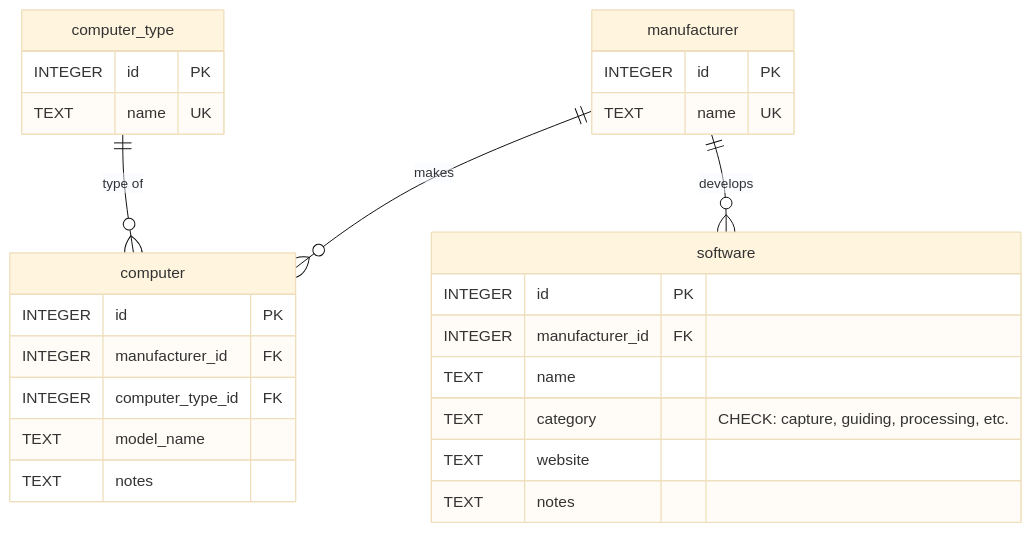
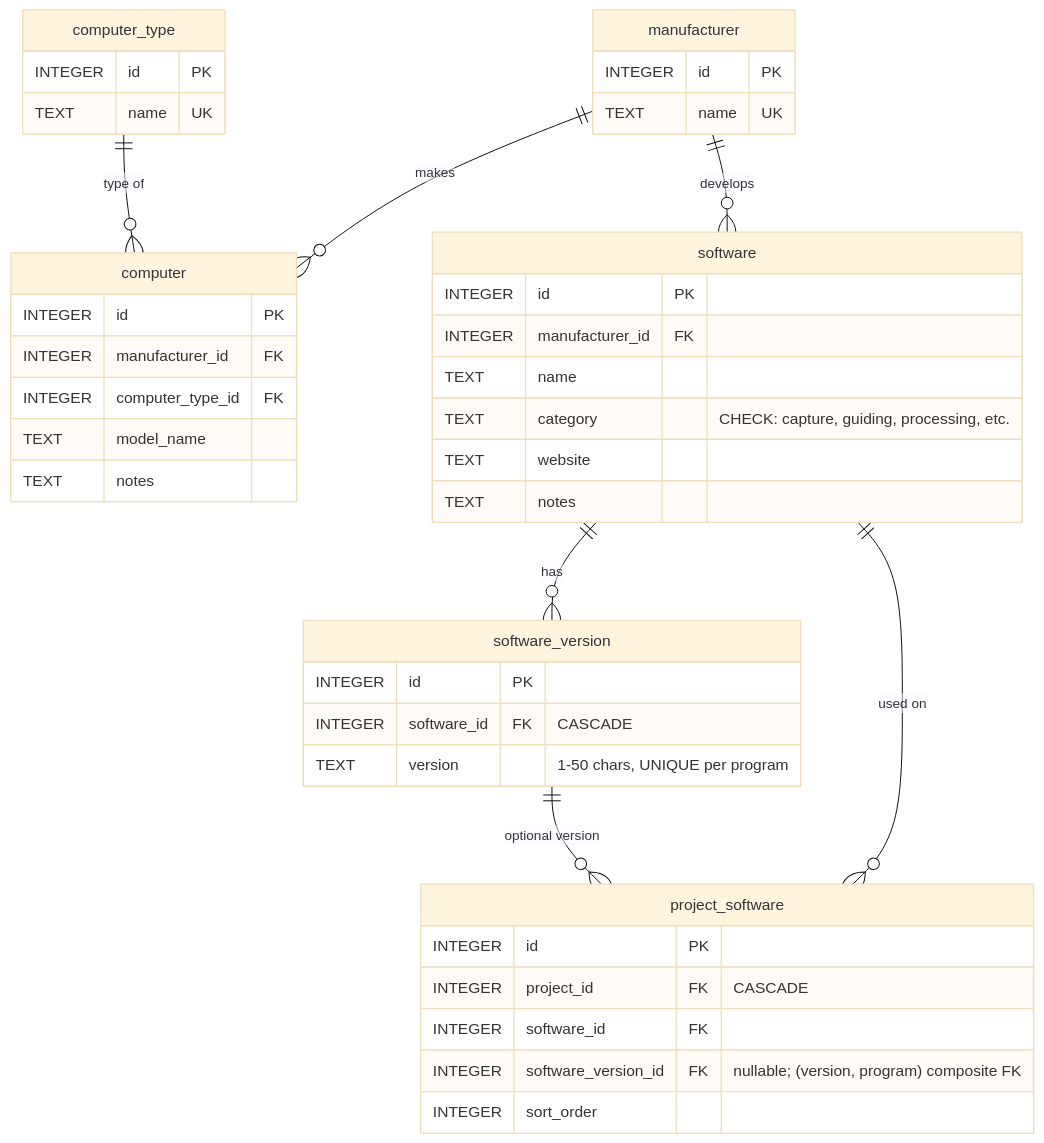
Before and after one commit to fbaptiste/nightcrate: diagram 11 of 12 in DB_SCHEMA.md, drawn with Mermaid (base theme). The commit also changed other lines of this file and 115 other files, not shown here.

````diff
--- a/DB_SCHEMA.md
+++ b/DB_SCHEMA.md
@@ -530,33 +530,50 @@
 ```mermaid
 erDiagram
     manufacturer {
         INTEGER id PK
         TEXT name UK
     }
 
     computer_type {
         INTEGER id PK
         TEXT name UK
     }
 
     computer {
         INTEGER id PK
         INTEGER manufacturer_id FK
         INTEGER computer_type_id FK
         TEXT model_name
         TEXT notes
     }
 
     software {
         INTEGER id PK
         INTEGER manufacturer_id FK
         TEXT name
         TEXT category "CHECK: capture, guiding, processing, etc."
         TEXT website
         TEXT notes
     }
 
+    software_version {
+        INTEGER id PK
+        INTEGER software_id FK "CASCADE"
+        TEXT version "1-50 chars, UNIQUE per program"
+    }
+
+    project_software {
+        INTEGER id PK
+        INTEGER project_id FK "CASCADE"
+        INTEGER software_id FK
+        INTEGER software_version_id FK "nullable; (version, program) composite FK"
+        INTEGER sort_order
+    }
+
     manufacturer ||--o{ computer : "makes"
     computer_type ||--o{ computer : "type of"
     manufacturer ||--o{ software : "develops"
+    software ||--o{ software_version : "has"
+    software ||--o{ project_software : "used on"
+    software_version ||--o{ project_software : "optional version"
 ```
````
